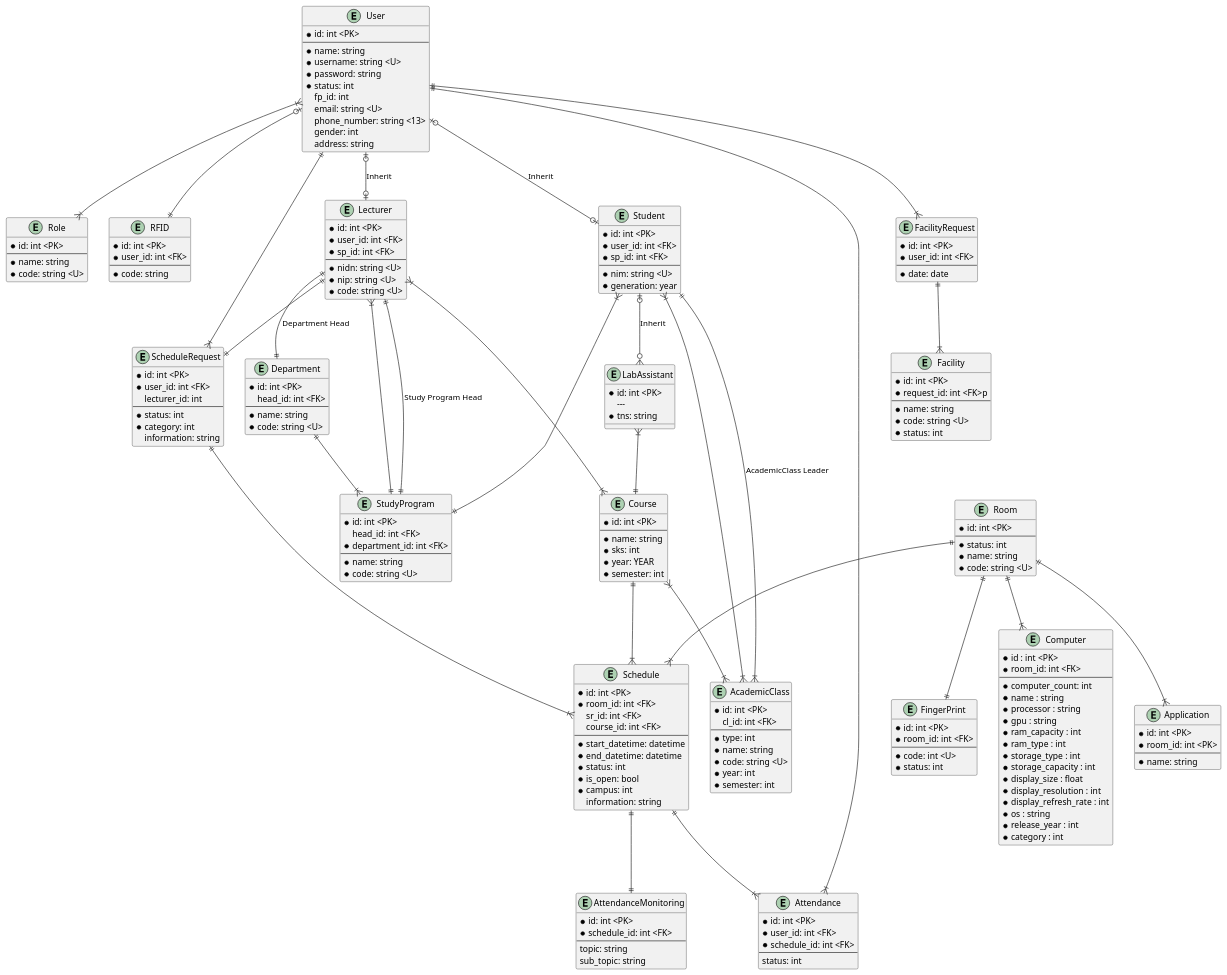
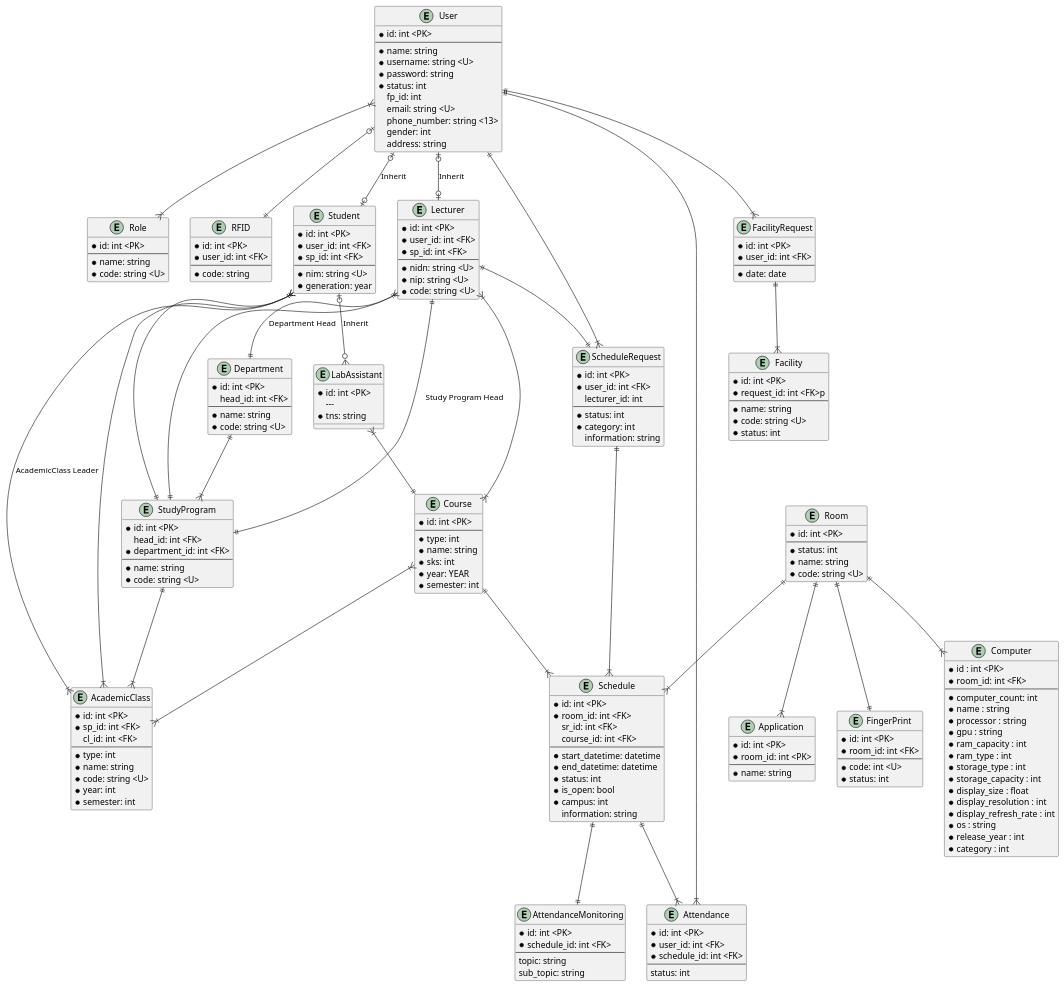
The diagram in docs/erd.plantuml (codebaradev/Simlab), drawn with PlantUML before and after one commit. The commit also changed 11 other files, not shown here.

Commit message:
feat: Add new relationship: StudyProgram Has Many AcademicClass

```diff
--- a/docs/erd.plantuml
+++ b/docs/erd.plantuml
@@ -93,6 +93,7 @@
 entity "Course" as course {
     * id: int <PK>
     ---
+    * type: int
     * name: string
     * sks: int
     * year: YEAR
@@ -157,6 +158,7 @@
 
 entity " AcademicClass" as AcademicClass {
     * id: int <PK>
+    * sp_id: int <FK>
     cl_id: int <FK>
     ---
     * type: int
@@ -222,6 +224,7 @@
 
 ' AcademicClass
 
+study_program ||--|{ AcademicClass
 student }|--|{ AcademicClass: ""
 student ||--|{ AcademicClass: "AcademicClass Leader"
 
```
